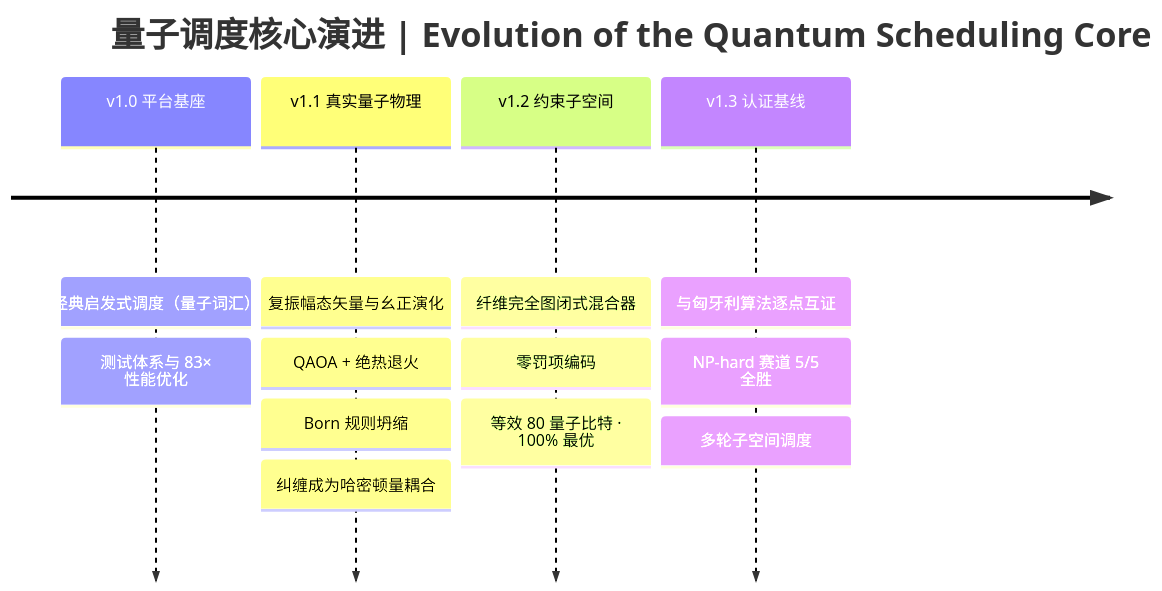
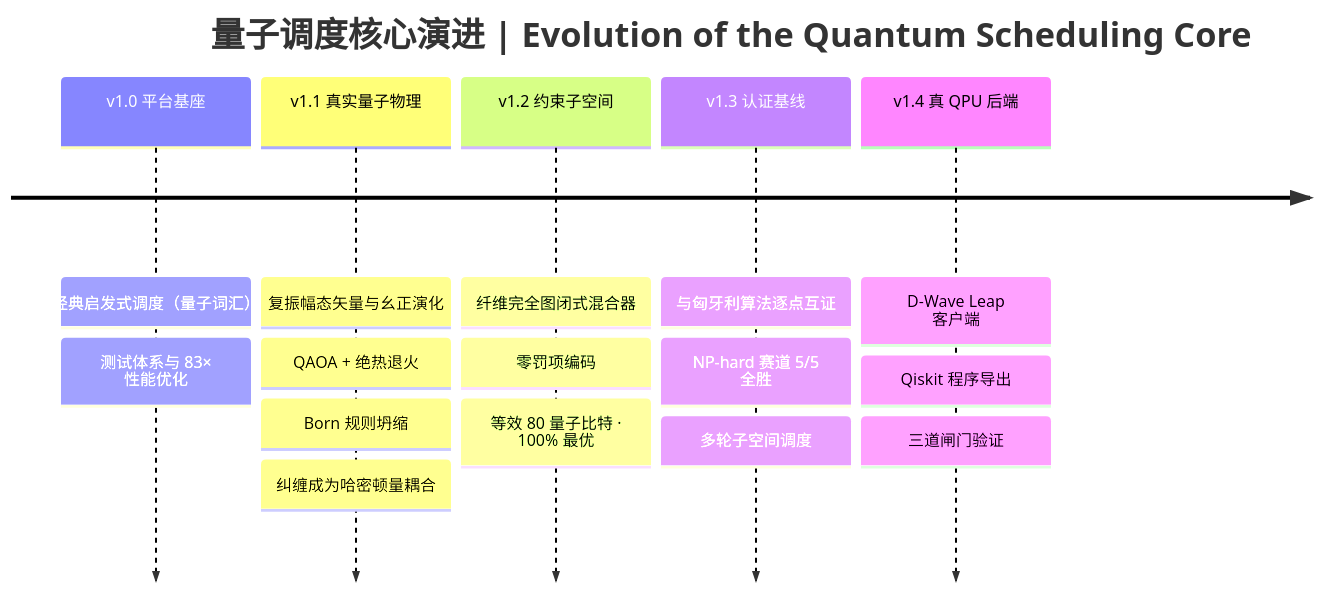
Before and after one commit to beijingwahw/quantum-multi-agent-platform: the seventh of 7 diagrams in README.md, drawn with Mermaid. The commit also changed other lines of this file and 12 other files, not shown here.

First line of the commit message:
v1.4 真 QPU 后端层：D-Wave Leap 客户端 + Qiskit 导出 + 本地精确引擎回退

````diff
--- a/README.md
+++ b/README.md
@@ -340,8 +361,9 @@
 ```mermaid
 timeline
     title 量子调度核心演进 | Evolution of the Quantum Scheduling Core
     v1.0 平台基座 : 经典启发式调度（量子词汇） : 测试体系与 83× 性能优化
     v1.1 真实量子物理 : 复振幅态矢量与幺正演化 : QAOA + 绝热退火 : Born 规则坍缩 : 纠缠成为哈密顿量耦合
     v1.2 约束子空间 : 纤维完全图闭式混合器 : 零罚项编码 : 等效 80 量子比特 · 100% 最优
     v1.3 认证基线 : 与匈牙利算法逐点互证 : NP-hard 赛道 5/5 全胜 : 多轮子空间调度
+    v1.4 真 QPU 后端 : D-Wave Leap 客户端 : Qiskit 程序导出 : 三道闸门验证
 ```
````
